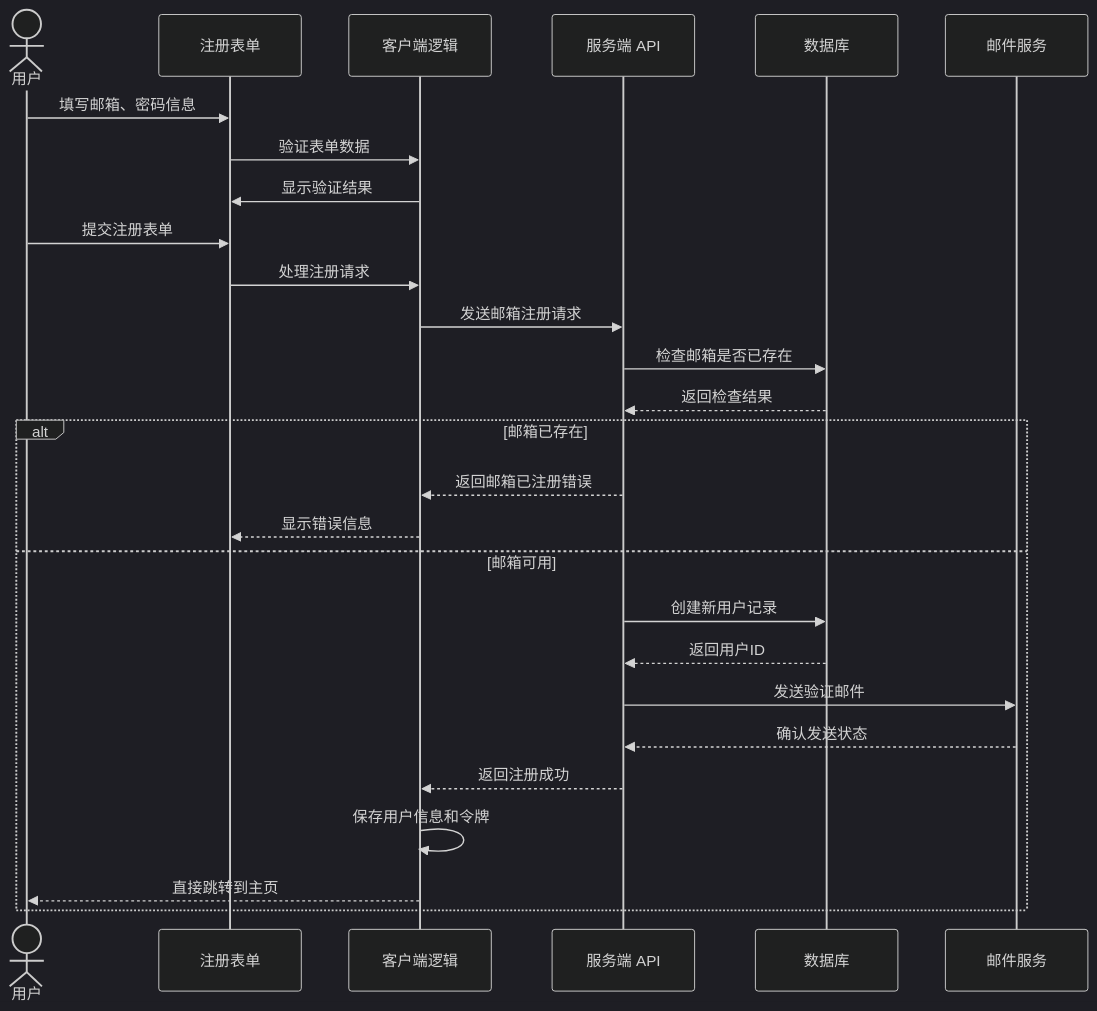
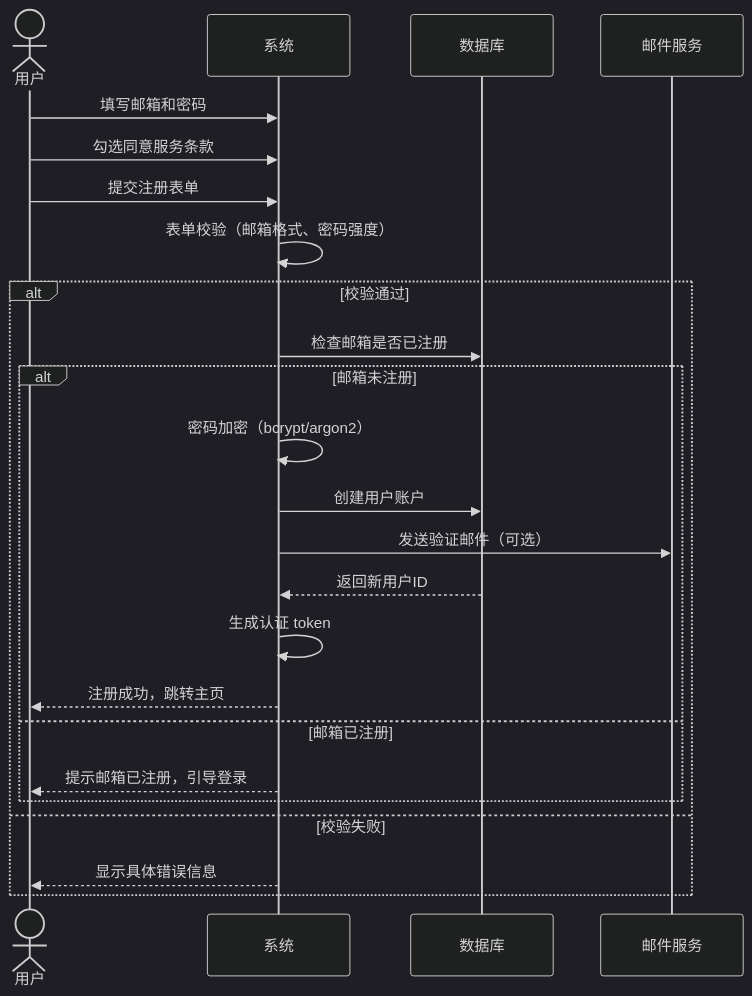
Before and after one commit to weihongyu12/web: the fourth of 4 diagrams in docs/features/authentication/registration/README.md, drawn with Mermaid (dark theme). The commit also changed other lines of this file, not shown here.

````diff
--- a/docs/features/authentication/registration/README.md
+++ b/docs/features/authentication/registration/README.md
@@ -139,35 +140,28 @@
 ```mermaid
 sequenceDiagram
     actor User as 用户
-    participant Form as 注册表单
-    participant Client as 客户端逻辑
-    participant Server as 服务端 API
+    participant System as 系统
     participant DB as 数据库
     participant Email as 邮件服务
-    
-    User->>Form: 填写邮箱、密码信息
-    Form->>Client: 验证表单数据
-    Client->>Form: 显示验证结果
-    
-    User->>Form: 提交注册表单
-    Form->>Client: 处理注册请求
-    Client->>Server: 发送邮箱注册请求
-    
-    Server->>DB: 检查邮箱是否已存在
-    DB-->>Server: 返回检查结果
-    
-    alt 邮箱已存在
-        Server-->>Client: 返回邮箱已注册错误
-        Client-->>Form: 显示错误信息
-    else 邮箱可用
-        Server->>DB: 创建新用户记录
-        DB-->>Server: 返回用户ID
-        
-        Server->>Email: 发送验证邮件
-        Email-->>Server: 确认发送状态
-        
-        Server-->>Client: 返回注册成功
-        Client->>Client: 保存用户信息和令牌
-        Client-->>User: 直接跳转到主页
+
+    User->>System: 填写邮箱和密码
+    User->>System: 勾选同意服务条款
+    User->>System: 提交注册表单
+    System->>System: 表单校验（邮箱格式、密码强度）
+
+    alt 校验通过
+        System->>DB: 检查邮箱是否已注册
+        alt 邮箱未注册
+            System->>System: 密码加密（bcrypt/argon2）
+            System->>DB: 创建用户账户
+            System->>Email: 发送验证邮件（可选）
+            DB-->>System: 返回新用户ID
+            System->>System: 生成认证 token
+            System-->>User: 注册成功，跳转主页
+        else 邮箱已注册
+            System-->>User: 提示邮箱已注册，引导登录
+        end
+    else 校验失败
+        System-->>User: 显示具体错误信息
     end
 ```
````
